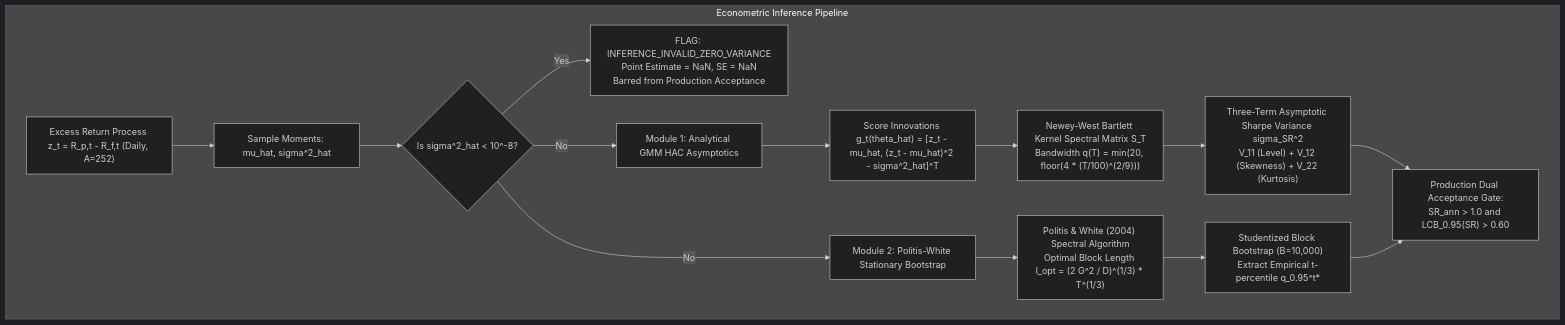
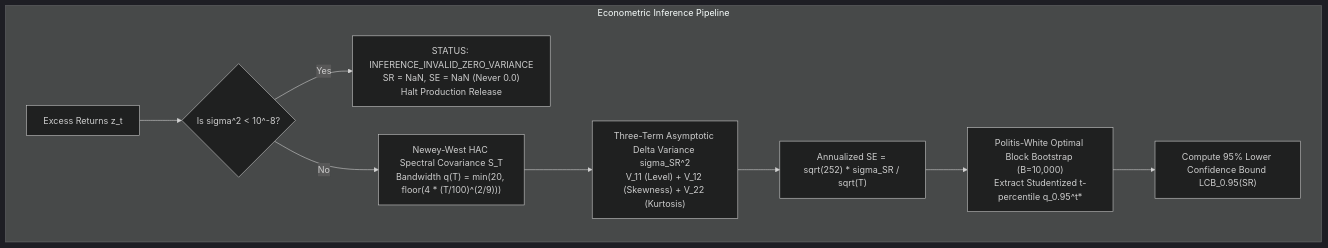
One commit to 2k25it2514261-cloud/alphaniti changed the fourth of 9 diagrams in README.md. Above: the diagram before and after it, drawn with Mermaid (dark theme). The commit also changed other lines of this file, not shown here.

Commit message:
docs: release AlphaNiti v20.0 grand unification specification closing all P0 and P1 audit criteria

````diff
--- a/README.md
+++ b/README.md
@@ -175,21 +169,12 @@
 ```mermaid
 graph TD
     subgraph Econometric Inference Pipeline
-        Z["Excess Return Process z_t = R_p,t - R_f,t (Daily, A=252)"] --> Moments["Sample Moments: mu_hat, sigma^2_hat"]
-        Moments --> DegenerateCheck{"Is sigma^2_hat < 10^-8?"}
-        
-        DegenerateCheck -- Yes --> HALT["FLAG: INFERENCE_INVALID_ZERO_VARIANCE<br>Point Estimate = NaN, SE = NaN<br>Barred from Production Acceptance"]
-        
-        DegenerateCheck -- No --> Branch1["Module 1: Analytical GMM HAC Asymptotics"]
-        DegenerateCheck -- No --> Branch2["Module 2: Politis-White Stationary Bootstrap"]
-        
-        Branch1 --> Score["Score Innovations g_t(theta_hat) = [z_t - mu_hat, (z_t - mu_hat)^2 - sigma^2_hat]^T"]
-        Score --> NW["Newey-West Bartlett Kernel Spectral Matrix S_T<br>Bandwidth q(T) = min(20, floor(4 * (T/100)^(2/9)))"]
-        NW --> Delta["Three-Term Asymptotic Sharpe Variance sigma_SR^2<br>V_11 (Level) + V_12 (Skewness) + V_22 (Kurtosis)"]
-        
-        Branch2 --> PW["Politis & White (2004) Spectral Algorithm<br>Optimal Block Length l_opt = (2 G^2 / D)^(1/3) * T^(1/3)"]
-        PW --> Boot["Studentized Block Bootstrap (B=10,000)<br>Extract Empirical t-percentile q_0.95^t*"]
-        
-        Delta & Boot --> Gate["Production Dual Acceptance Gate:<br>SR_ann > 1.0 and LCB_0.95(SR) > 0.60"]
+        Z["Excess Returns z_t"] --> VarCheck{"Is sigma^2 < 10^-8?"}
+        VarCheck -- Yes --> HALT["STATUS: INFERENCE_INVALID_ZERO_VARIANCE<br>SR = NaN, SE = NaN (Never 0.0)<br>Halt Production Release"]
+        VarCheck -- No --> NW["Newey-West HAC Spectral Covariance S_T<br>Bandwidth q(T) = min(20, floor(4 * (T/100)^(2/9)))"]
+        NW --> Delta["Three-Term Asymptotic Delta Variance sigma_SR^2<br>V_11 (Level) + V_12 (Skewness) + V_22 (Kurtosis)"]
+        Delta --> Annual["Annualized SE = sqrt(252) * sigma_SR / sqrt(T)"]
+        Annual --> Boot["Politis-White Optimal Block Bootstrap (B=10,000)<br>Extract Studentized t-percentile q_0.95^t*"]
+        Boot --> LCB["Compute 95% Lower Confidence Bound LCB_0.95(SR)"]
     end
 ```
````
